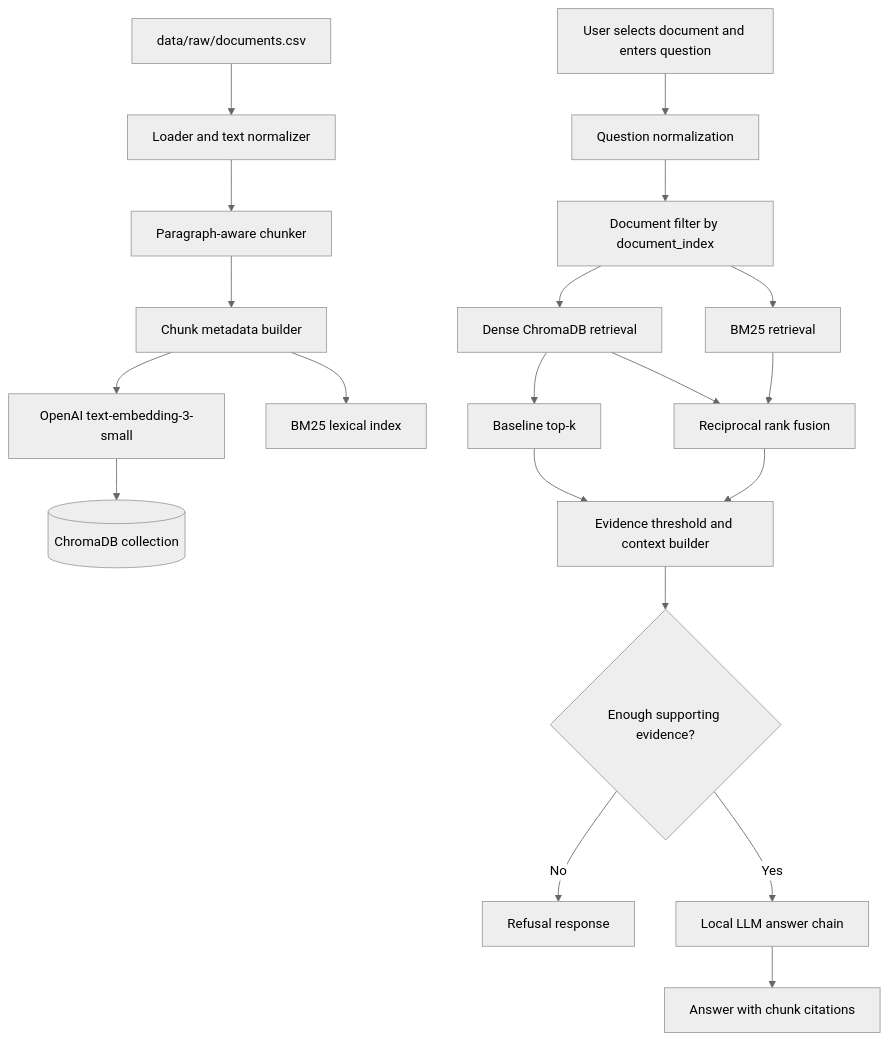
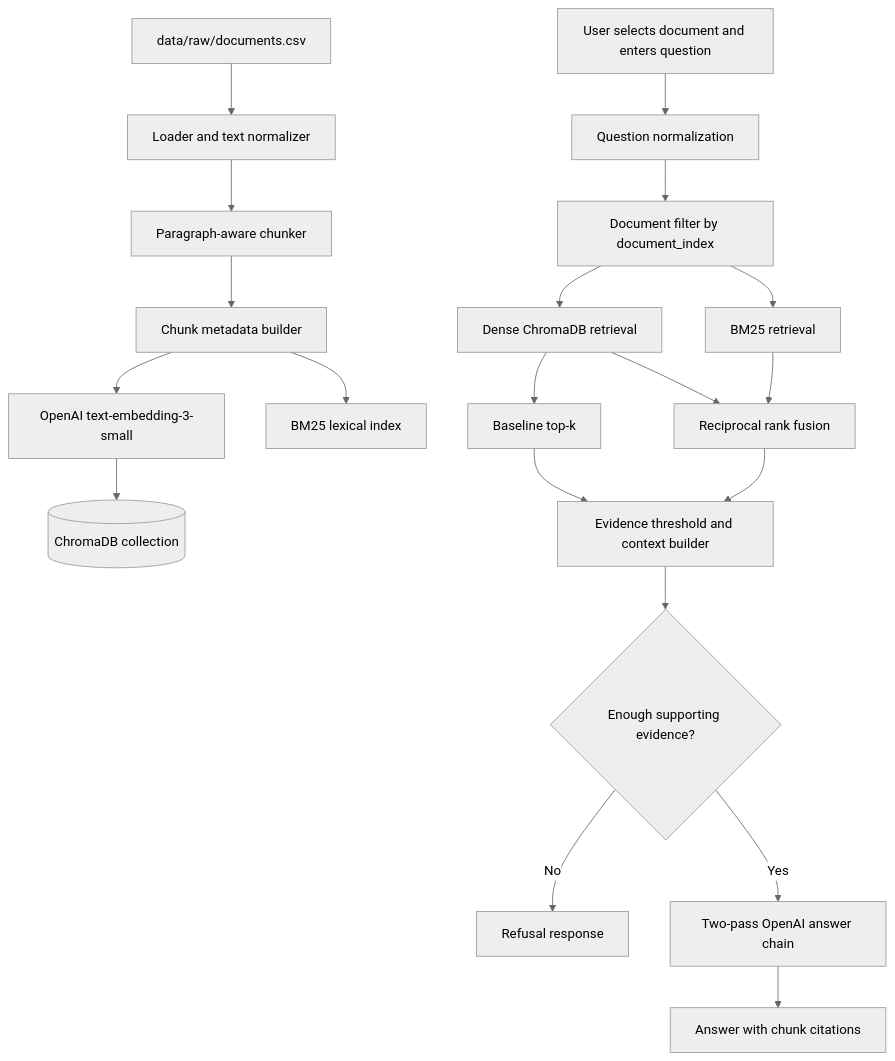
The diagram in architecture/DESIGN.md (Ajay-Rajput-Indnord/Q_and_A_bot), drawn with Mermaid (neutral theme) before and after one commit. The commit also changed other lines of this file and 18 other files, not shown here.

````diff
--- a/architecture/DESIGN.md
+++ b/architecture/DESIGN.md
@@ -7,23 +7,23 @@
 ```mermaid
 flowchart TD
     A[data/raw/documents.csv] --> B[Loader and text normalizer]
     B --> C[Paragraph-aware chunker]
     C --> D[Chunk metadata builder]
     D --> E[OpenAI text-embedding-3-small]
     E --> F[(ChromaDB collection)]
     D --> G[BM25 lexical index]
 
     H[User selects document and enters question] --> I[Question normalization]
     I --> J[Document filter by document_index]
     J --> K[Dense ChromaDB retrieval]
     J --> L[BM25 retrieval]
     K --> M[Baseline top-k]
     K --> N[Reciprocal rank fusion]
     L --> N
     M --> O[Evidence threshold and context builder]
     N --> O
     O --> P{Enough supporting evidence?}
     P -- No --> Q[Refusal response]
-    P -- Yes --> R[Local LLM answer chain]
+    P -- Yes --> R[Two-pass OpenAI answer chain]
     R --> S[Answer with chunk citations]
 ```
````
